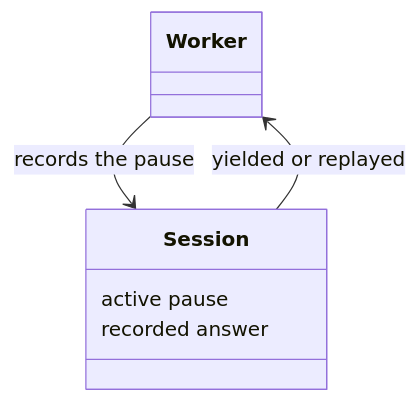
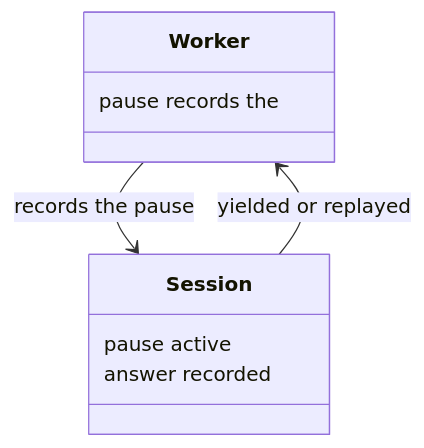
One commit to m2ux/workflow-server changed the fourth of 22 diagrams in docs/checkpoint.md. Above: the diagram before and after it, drawn with Mermaid. The commit also changed other lines of this file and 13 other files, not shown here.

````diff
--- a/docs/checkpoint.md
+++ b/docs/checkpoint.md
@@ -67,10 +77,12 @@
 ```mermaid
 classDiagram
-  class Worker
+  class Worker {
+    pause records the
+  }
   class Session {
-    active pause
-    recorded answer
+    pause active
+    answer recorded
   }
   Worker --> Session : records the pause
   Session --> Worker : yielded or replayed
 ```
````
